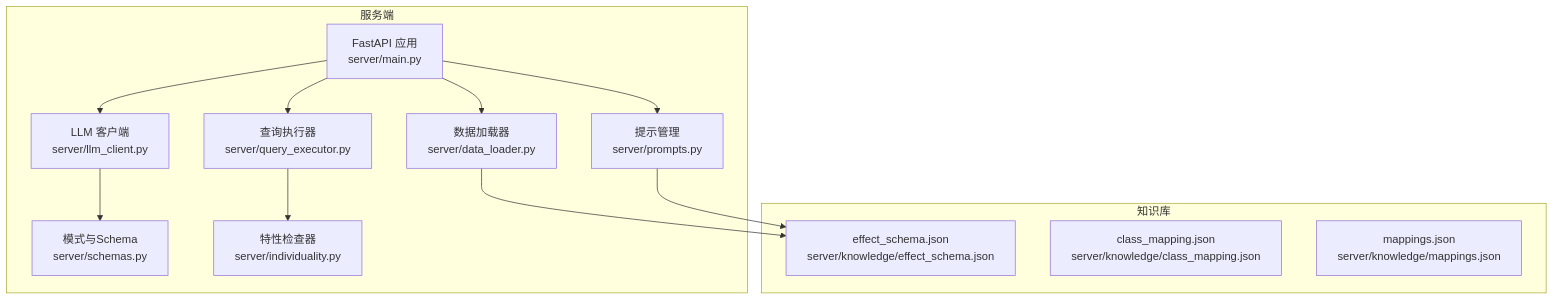
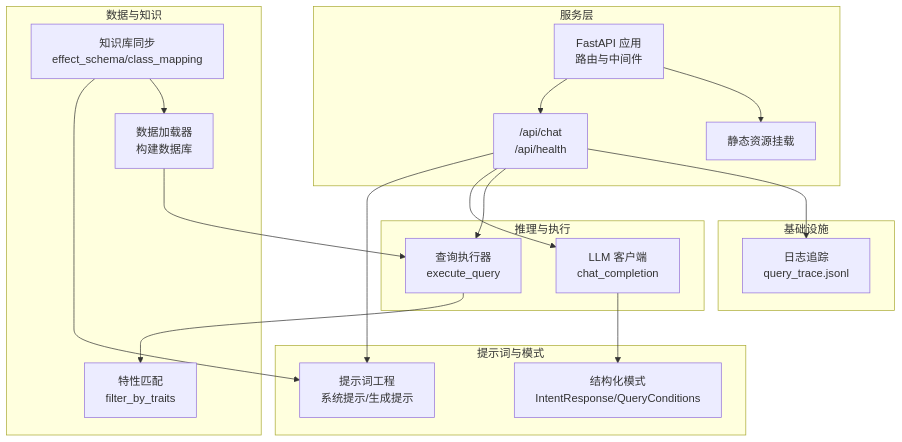
One commit to kanoha222/Laplace changed the first of 5 diagrams in .qoder/repowiki/zh/content/核心模块/核心模块.md. Above: the diagram before and after it, drawn with Mermaid. The commit also changed other lines of this file and 54 other files, not shown here.

````diff
--- a/.qoder/repowiki/zh/content/核心模块/核心模块.md
+++ b/.qoder/repowiki/zh/content/核心模块/核心模块.md
@@ -42,25 +44,35 @@
 ```mermaid
 graph TB
-subgraph "服务端"
-A["FastAPI 应用<br/>server/main.py"]
-B["LLM 客户端<br/>server/llm_client.py"]
-C["提示管理<br/>server/prompts.py"]
-D["查询执行器<br/>server/query_executor.py"]
-E["数据加载器<br/>server/data_loader.py"]
-F["模式与Schema<br/>server/schemas.py"]
-G["特性检查器<br/>server/individuality.py"]
+subgraph "服务层"
+FastAPI["FastAPI 应用<br/>路由与中间件"]
+Routes["/api/chat<br/>/api/health"]
+Static["静态资源挂载"]
 end
-subgraph "知识库"
-H["effect_schema.json<br/>server/knowledge/effect_schema.json"]
-I["class_mapping.json<br/>server/knowledge/class_mapping.json"]
-J["mappings.json<br/>server/knowledge/mappings.json"]
+subgraph "提示词与模式"
+Prompts["提示词工程<br/>系统提示/生成提示"]
+Schemas["结构化模式<br/>IntentResponse/QueryConditions"]
 end
-A --> B
-A --> C
-A --> D
-D --> G
-E --> H
-C --> H
-B --> F
-A --> E
+subgraph "推理与执行"
+LLM["LLM 客户端<br/>chat_completion"]
+QExec["查询执行器<br/>execute_query"]
+end
+subgraph "数据与知识"
+DLoader["数据加载器<br/>构建数据库"]
+Sync["知识库同步<br/>effect_schema/class_mapping"]
+Indiv["特性匹配<br/>filter_by_traits"]
+end
+subgraph "基础设施"
+Logger["日志追踪<br/>query_trace.jsonl"]
+end
+FastAPI --> Routes
+FastAPI --> Static
+Routes --> Prompts
+Routes --> LLM
+LLM --> Schemas
+Routes --> QExec
+QExec --> Indiv
+DLoader --> QExec
+Sync --> Prompts
+Sync --> DLoader
+Routes --> Logger
 ```
````
